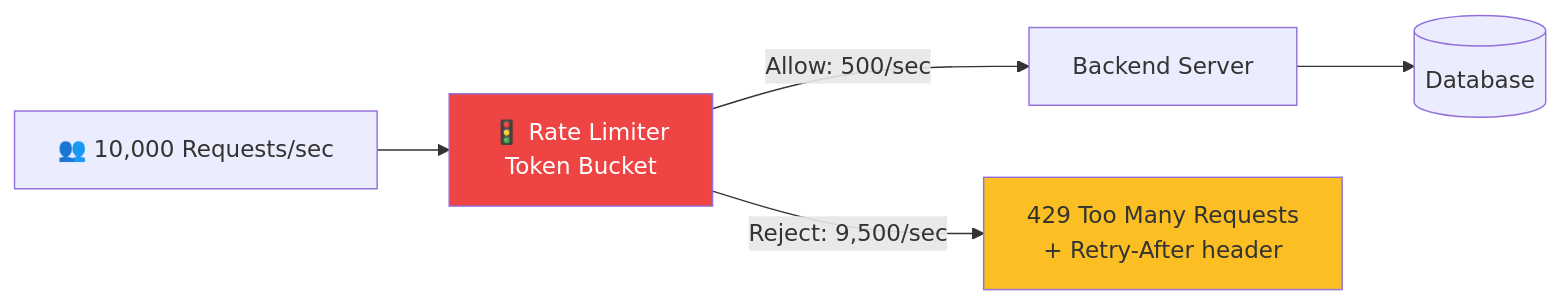
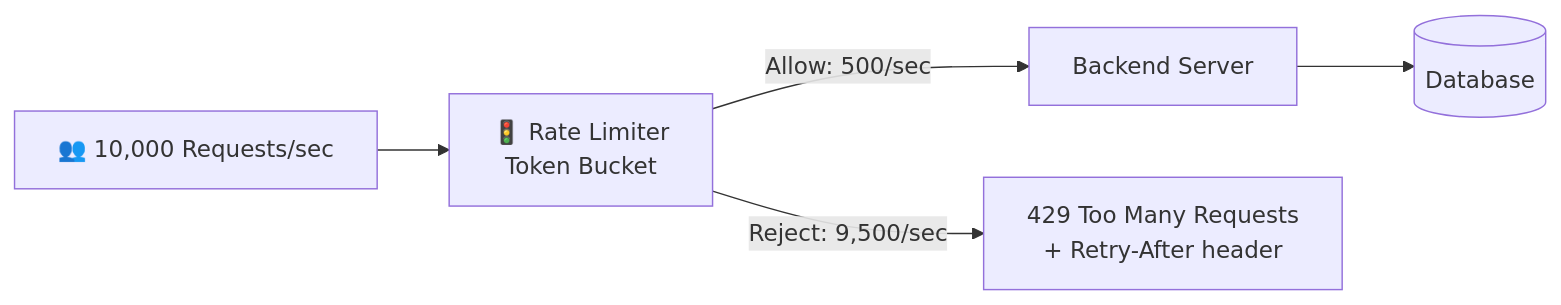
Diagram 11 of 12 in system-design/thundering-herd-problem.md (amolkharat18/blogs), drawn with Mermaid before and after one commit. The commit also changed other lines of this file, not shown here.

First line of the commit message:
Refactor diagrams and clean up code examples

````diff
--- a/system-design/thundering-herd-problem.md
+++ b/system-design/thundering-herd-problem.md
@@ -400,10 +356,7 @@
 ```mermaid
 flowchart LR
-    Users[👥 10,000 Requests/sec] --> RL[🚦 Rate Limiter\nToken Bucket]
+    Users[👥 10,000 Requests/sec] --> RL[🚦 Rate Limiter<br>Token Bucket]
     RL -->|Allow: 500/sec| Backend[Backend Server]
-    RL -->|Reject: 9,500/sec| Error[429 Too Many Requests\n+ Retry-After header]
+    RL -->|Reject: 9,500/sec| Error[429 Too Many Requests<br>+ Retry-After header]
     Backend --> DB[(Database)]
-    
-    style RL fill:#ef4444,color:#fff
-    style Error fill:#fbbf24
 ```
````
